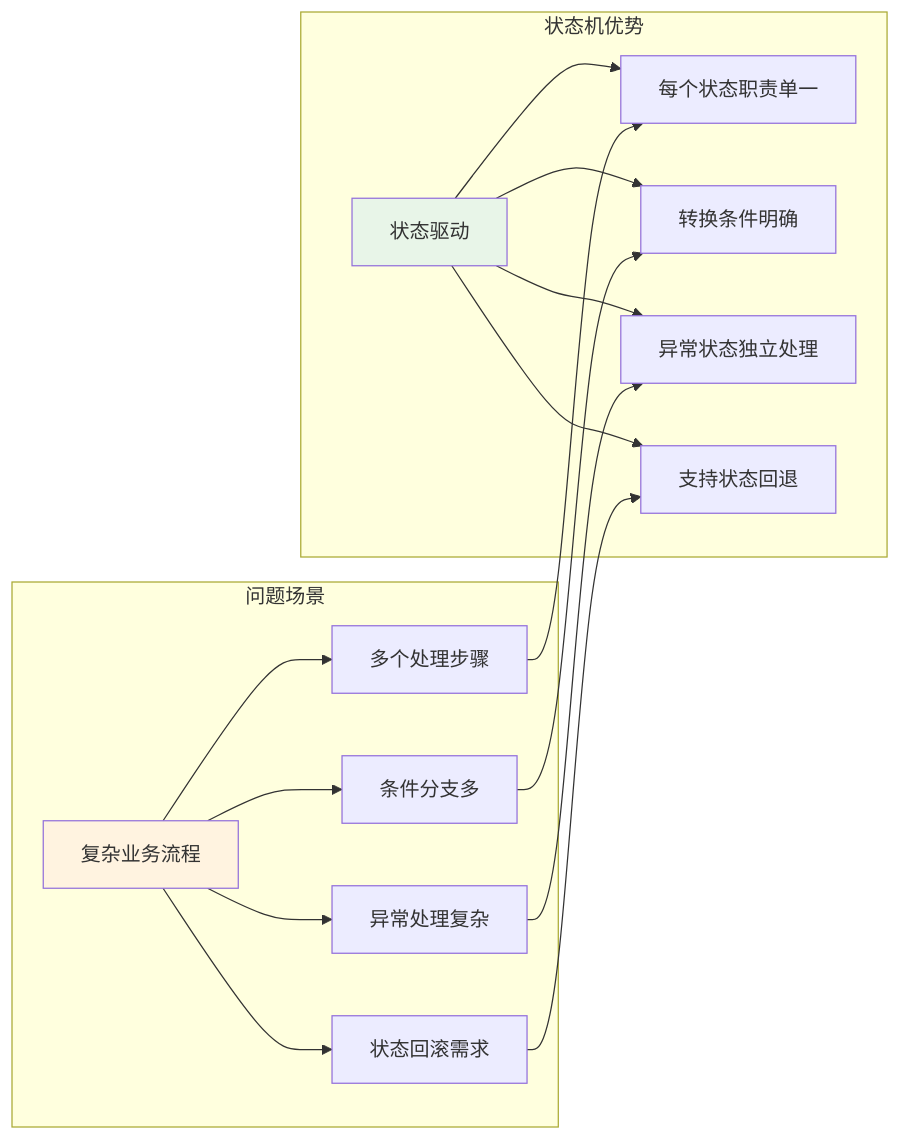
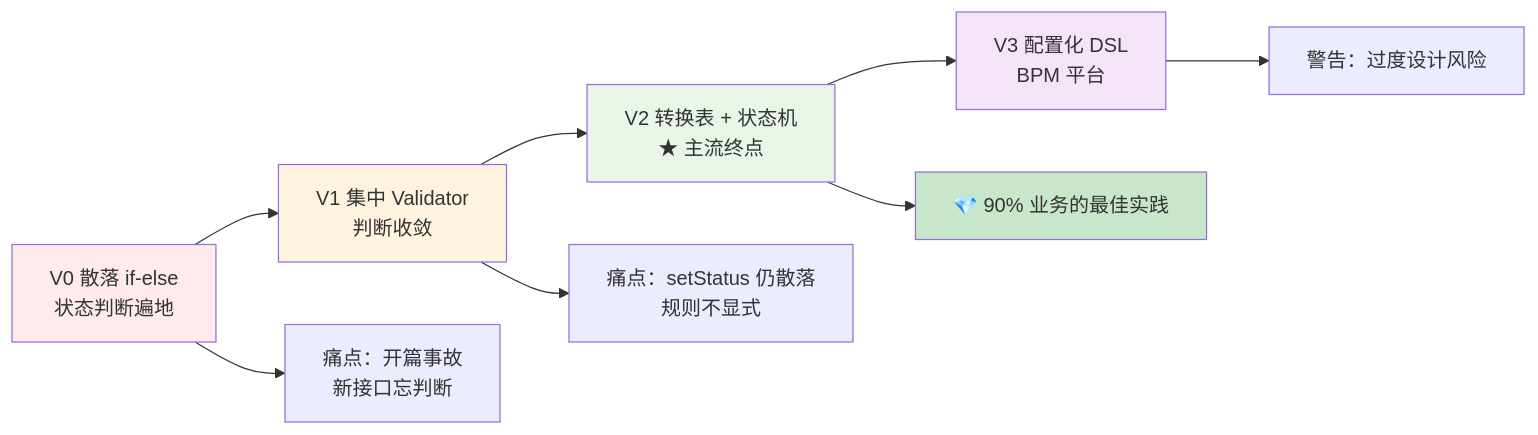
Diagram 11 of 18 in 00.通用技术的提升/07.方案设计思想/6.研发的效能/28.状态机设计的思想.md (chongyang211/YCBookBlog), drawn with Mermaid before and after one commit. The commit also changed other lines of this file and 5 other files, not shown here.

````diff
--- a/00.通用技术的提升/07.方案设计思想/6.研发的效能/28.状态机设计的思想.md
+++ b/00.通用技术的提升/07.方案设计思想/6.研发的效能/28.状态机设计的思想.md
@@ -1078,24 +528,17 @@
 ```mermaid
-graph LR
-    subgraph "问题场景"
-        A[复杂业务流程] --> A1[多个处理步骤]
-        A --> A2[条件分支多]
-        A --> A3[异常处理复杂]
-        A --> A4[状态回滚需求]
-    end
+flowchart LR
+    V0[V0 散落 if-else<br/>状态判断遍地] --> V1[V1 集中 Validator<br/>判断收敛]
+    V1 --> V2[V2 转换表 + 状态机<br/>★ 主流终点]
+    V2 --> V3[V3 配置化 DSL<br/>BPM 平台]
     
-    subgraph "状态机优势"
-        B[状态驱动] --> B1[每个状态职责单一]
-        B --> B2[转换条件明确]
-        B --> B3[异常状态独立处理]
-        B --> B4[支持状态回退]
-    end
+    V0 --> P0[痛点：开篇事故<br/>新接口忘判断]
+    V1 --> P1[痛点：setStatus 仍散落<br/>规则不显式]
+    V2 --> Win2[💎 90% 业务的最佳实践]
+    V3 --> P3[警告：过度设计风险]
     
-    A1 --> B1
-    A2 --> B2
-    A3 --> B3
-    A4 --> B4
-    
-    style A fill:#fff3e0
-    style B fill:#e8f5e8
+    style V0 fill:#ffebee
+    style V1 fill:#fff3e0
+    style V2 fill:#e8f5e8
+    style V3 fill:#f3e5f5
+    style Win2 fill:#c8e6c9
 ```
````
